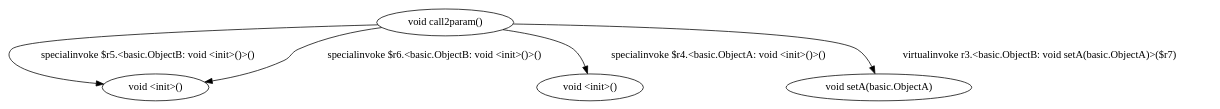
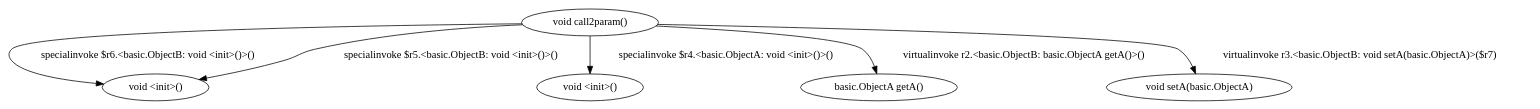
The diagram in dot/<assignment.BasicAssignment: void call2param()>.dot (SeanCoek/zString), drawn with Graphviz before and after one commit. The commit also changed 13 other files, not shown here.

```diff
--- a/dot/<assignment.BasicAssignment: void call2param()>.dot
+++ b/dot/<assignment.BasicAssignment: void call2param()>.dot
@@ -1,10 +1,12 @@
 digraph g {
-2[label="void <init>()"]
 3[label="void <init>()"]
+4[label="void <init>()"]
 0[label="void call2param()"]
+2[label="basic.ObjectA getA()"]
 1[label="void setA(basic.ObjectA)"]
 0->1[label="virtualinvoke r3.<basic.ObjectB: void setA(basic.ObjectA)>($r7)"]
-0->2[label="specialinvoke $r5.<basic.ObjectB: void <init>()>()"]
-0->2[label="specialinvoke $r6.<basic.ObjectB: void <init>()>()"]
-0->3[label="specialinvoke $r4.<basic.ObjectA: void <init>()>()"]
+0->2[label="virtualinvoke r2.<basic.ObjectB: basic.ObjectA getA()>()"]
+0->3[label="specialinvoke $r6.<basic.ObjectB: void <init>()>()"]
+0->3[label="specialinvoke $r5.<basic.ObjectB: void <init>()>()"]
+0->4[label="specialinvoke $r4.<basic.ObjectA: void <init>()>()"]
 }
```
